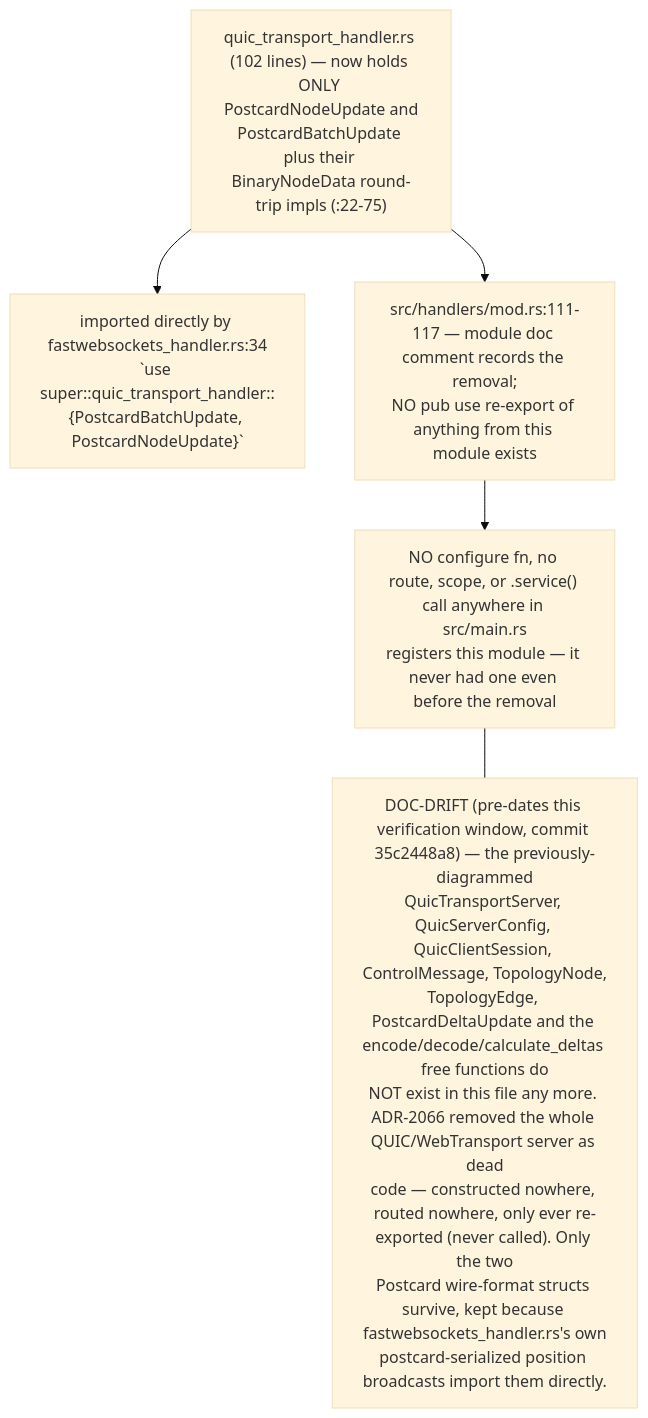
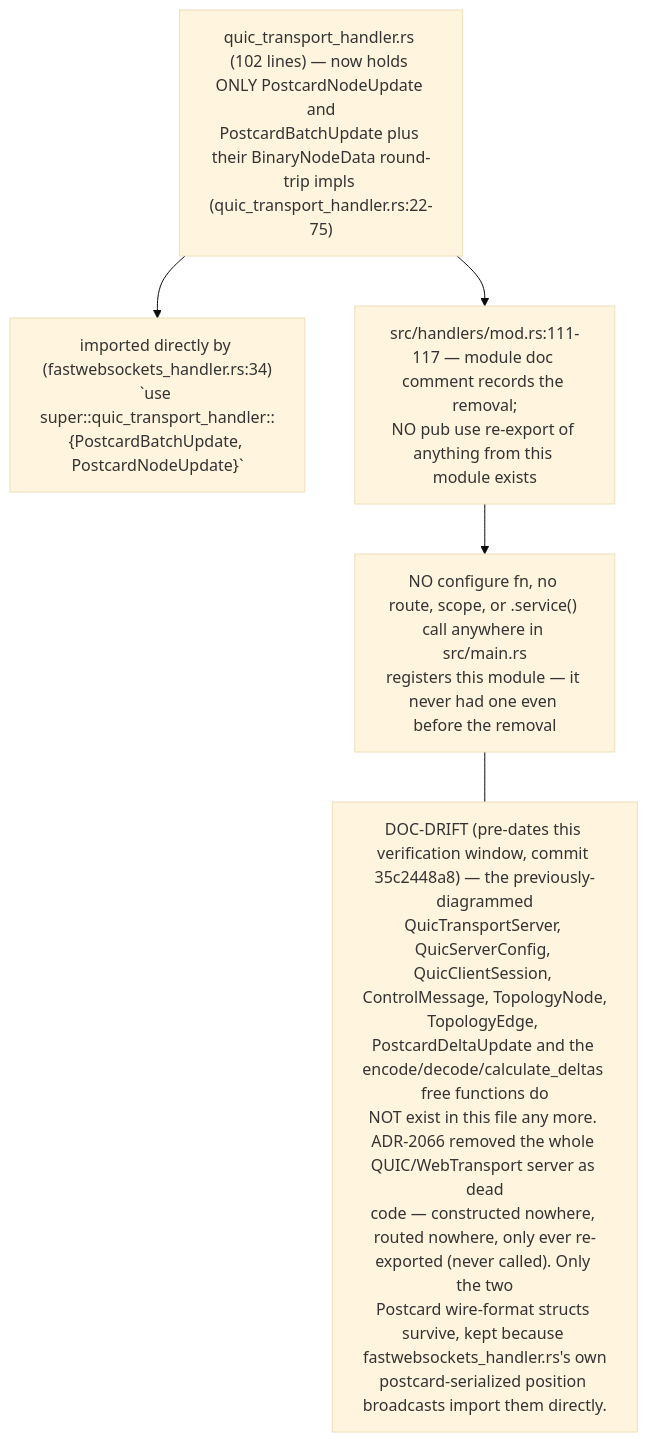
Before and after one commit to DreamLab-AI/VisionFlow: diagram 28 of 29 in docs/diagrams/visionclaw/04-handlers-graph-and-state.md, drawn with Mermaid (base theme). The commit also changed other lines of this file and 52 other files, not shown here.

First line of the commit message:
docs(diagrams): wave 3 checkpoint — bare line refs resolved, revision-pinned cite-check, VC-05/AB-01..13 re-attested

````diff
--- a/docs/diagrams/visionclaw/04-handlers-graph-and-state.md
+++ b/docs/diagrams/visionclaw/04-handlers-graph-and-state.md
@@ -1215,11 +1215,11 @@
 ```mermaid
 flowchart TB
-    Q["quic_transport_handler.rs (102 lines) — now holds ONLY PostcardNodeUpdate and<br/>PostcardBatchUpdate plus their BinaryNodeData round-trip impls (:22-75)"]
-    IMP["imported directly by fastwebsockets_handler.rs:34<br/>`use super::quic_transport_handler::{PostcardBatchUpdate, PostcardNodeUpdate}`"]
+    Q["quic_transport_handler.rs (102 lines) — now holds ONLY PostcardNodeUpdate and<br/>PostcardBatchUpdate plus their BinaryNodeData round-trip impls (quic_transport_handler.rs:22-75)"]
+    IMP["imported directly by (fastwebsockets_handler.rs:34)<br/>`use super::quic_transport_handler::{PostcardBatchUpdate, PostcardNodeUpdate}`"]
     MODRS["src/handlers/mod.rs:111-117 — module doc comment records the removal;<br/>NO pub use re-export of anything from this module exists"]
     NONE["NO configure fn, no route, scope, or .service() call anywhere in src/main.rs<br/>registers this module — it never had one even before the removal"]
     Q --> IMP
     Q --> MODRS --> NONE
     D1["DOC-DRIFT (pre-dates this verification window, commit 35c2448a8) — the previously-diagrammed<br/>QuicTransportServer, QuicServerConfig, QuicClientSession, ControlMessage, TopologyNode,<br/>TopologyEdge, PostcardDeltaUpdate and the encode/decode/calculate_deltas free functions do<br/>NOT exist in this file any more. ADR-2066 removed the whole QUIC/WebTransport server as dead<br/>code — constructed nowhere, routed nowhere, only ever re-exported (never called). Only the two<br/>Postcard wire-format structs survive, kept because fastwebsockets_handler.rs's own<br/>postcard-serialized position broadcasts import them directly."]
     NONE --- D1
 ```
````
